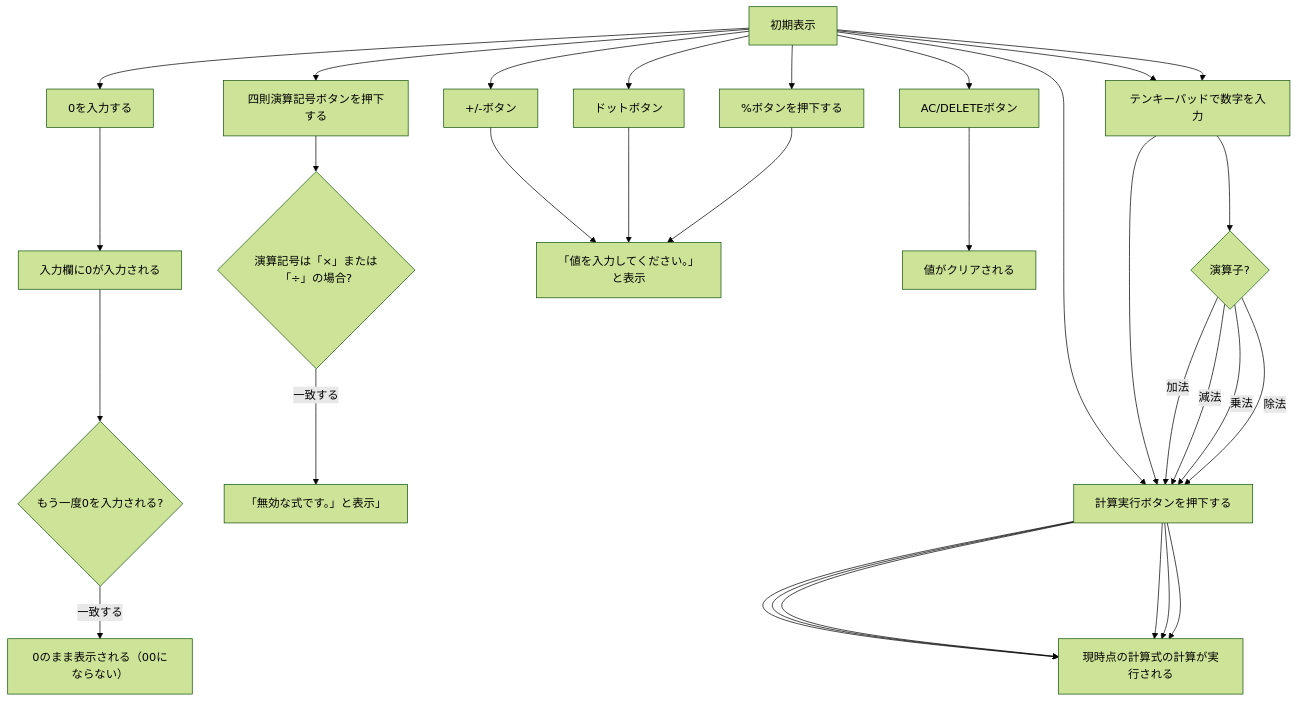
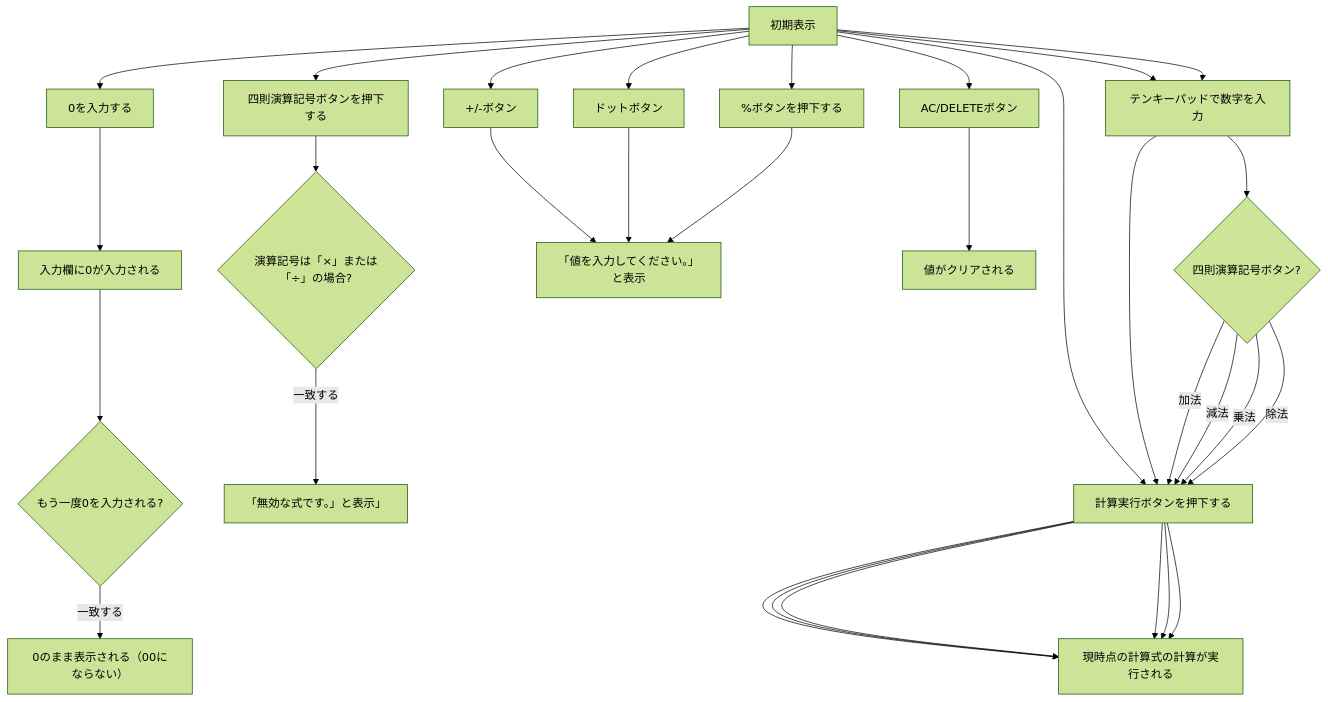
The diagram in 基本設計書.md (N3question/jsp-servlet-calculator), drawn with Mermaid (forest theme) before and after one commit.

````diff
--- a/基本設計書.md
+++ b/基本設計書.md
@@ -84,18 +84,18 @@
 ```mermaid
 flowchart TB
     A[初期表示] --> B[0を入力する] --> C[入力欄に0が入力される] -->
     D{もう一度0を入力される?} -- 一致する --> E[0のまま表示される（00にならない）]
     A[初期表示] --> F[四則演算記号ボタンを押下する] -->
     G{演算記号は「×」または「÷」の場合?} -- 一致する --> H[「無効な式です。」と表示」]
     A[初期表示] --> K[+/-ボタン] --> L[「値を入力してください。」と表示]
     A[初期表示] --> M[ドットボタン] --> L[「値を入力してください。」と表示]
     A[初期表示] --> N[%ボタンを押下する] --> L[「値を入力してください。」と表示]
     A[初期表示] --> O[AC/DELETEボタン] --> P[値がクリアされる]
     A[初期表示] --> I[計算実行ボタンを押下する] --> J[現時点の計算式の計算が実行される]
     A[初期表示] --> Q[テンキーパッドで数字を入力] --> I[計算実行ボタンを押下する] --> J[現時点の計算式の計算が実行される]
     A[初期表示] --> Q[テンキーパッドで数字を入力] -->
-    R{演算子?} -- 加法 --> I[計算実行ボタンを押下する] --> J[現時点の計算式の計算が実行される]
-    R{演算子?} -- 減法 --> I[計算実行ボタンを押下する] --> J[現時点の計算式の計算が実行される]
-    R{演算子?} -- 乗法 --> I[計算実行ボタンを押下する] --> J[現時点の計算式の計算が実行される]
-    R{演算子?} -- 除法 --> I[計算実行ボタンを押下する] --> J[現時点の計算式の計算が実行される]
+    R{四則演算記号ボタン?} -- 加法 --> I[計算実行ボタンを押下する] --> J[現時点の計算式の計算が実行される]
+    R{四則演算記号ボタン?} -- 減法 --> I[計算実行ボタンを押下する] --> J[現時点の計算式の計算が実行される]
+    R{四則演算記号ボタン?} -- 乗法 --> I[計算実行ボタンを押下する] --> J[現時点の計算式の計算が実行される]
+    R{四則演算記号ボタン?} -- 除法 --> I[計算実行ボタンを押下する] --> J[現時点の計算式の計算が実行される]
 ```
````
